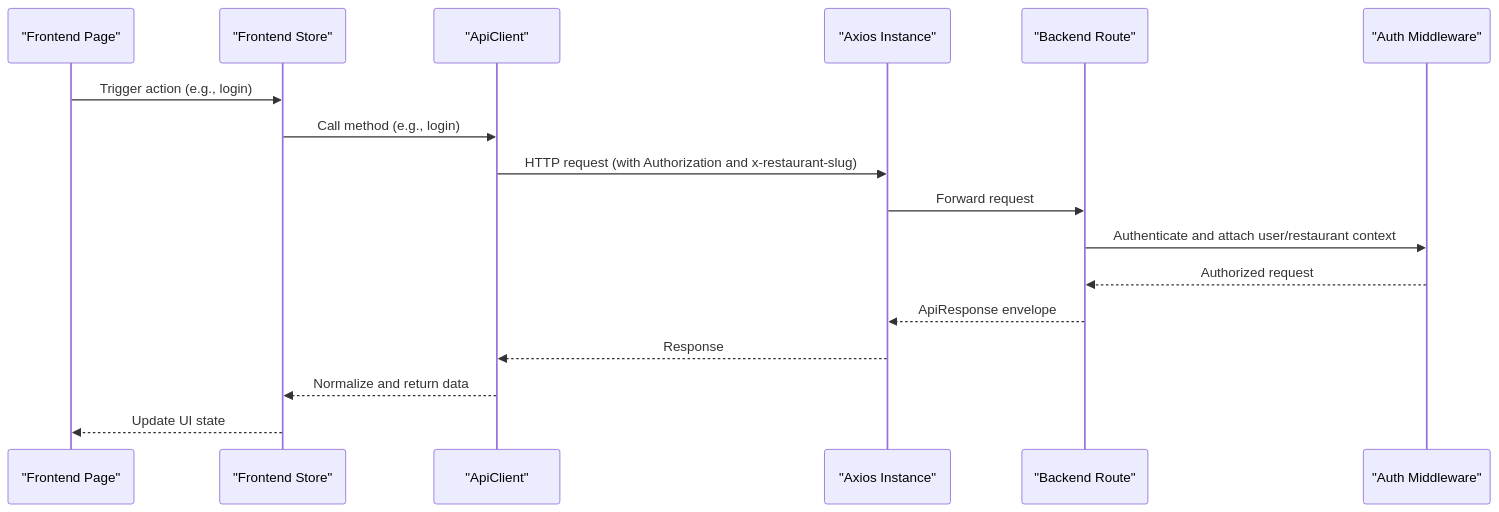
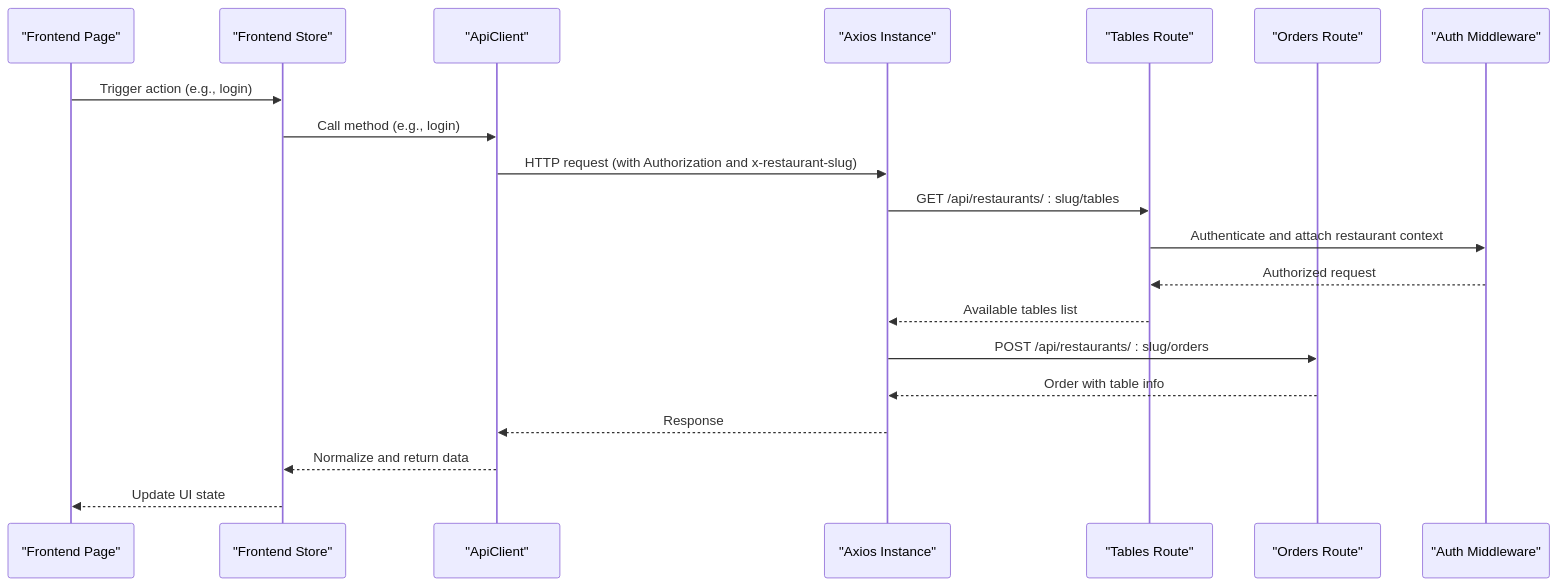
One commit to Dequeue-Tech/DeQ-Bite changed the second of 10 diagrams in .qoder/repowiki/en/content/Frontend System/API Integration.md. Above: the diagram before and after it, drawn with Mermaid. The commit also changed other lines of this file and 25 other files, not shown here.

````diff
--- a/.qoder/repowiki/en/content/Frontend System/API Integration.md
+++ b/.qoder/repowiki/en/content/Frontend System/API Integration.md
@@ -141,19 +164,22 @@
 ```mermaid
 sequenceDiagram
 participant FE as "Frontend Page"
 participant Store as "Frontend Store"
 participant Client as "ApiClient"
 participant Axios as "Axios Instance"
-participant BE as "Backend Route"
+participant Tables as "Tables Route"
+participant Orders as "Orders Route"
 participant MW as "Auth Middleware"
 FE->>Store : Trigger action (e.g., login)
 Store->>Client : Call method (e.g., login)
 Client->>Axios : HTTP request (with Authorization and x-restaurant-slug)
-Axios->>BE : Forward request
-BE->>MW : Authenticate and attach user/restaurant context
-MW-->>BE : Authorized request
-BE-->>Axios : ApiResponse envelope
+Axios->>Tables : GET /api/restaurants/ : slug/tables
+Tables->>MW : Authenticate and attach restaurant context
+MW-->>Tables : Authorized request
+Tables-->>Axios : Available tables list
+Axios->>Orders : POST /api/restaurants/ : slug/orders
+Orders-->>Axios : Order with table info
 Axios-->>Client : Response
 Client-->>Store : Normalize and return data
 Store-->>FE : Update UI state
 ```
````
